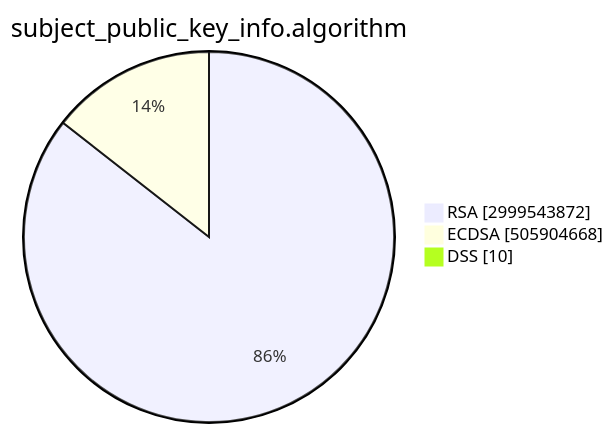
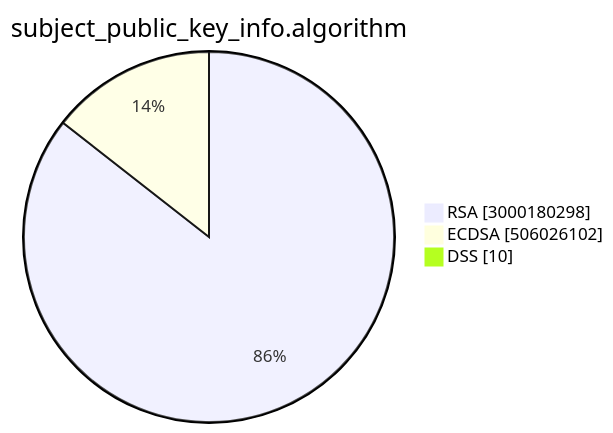
The second of 15 diagrams in TOTAL/README.md (christiankrug/ctmonitor_visualization), drawn with Mermaid before and after one commit. The commit also changed other lines of this file, not shown here.

````diff
--- a/TOTAL/README.md
+++ b/TOTAL/README.md
@@ -6,7 +6,7 @@
 ```mermaid
 pie showData
 title subject_public_key_info.algorithm
-"RSA" :2999543872
-"ECDSA" :505904668
+"RSA" :3000180298
+"ECDSA" :506026102
 "DSS" :10
 ```
````
